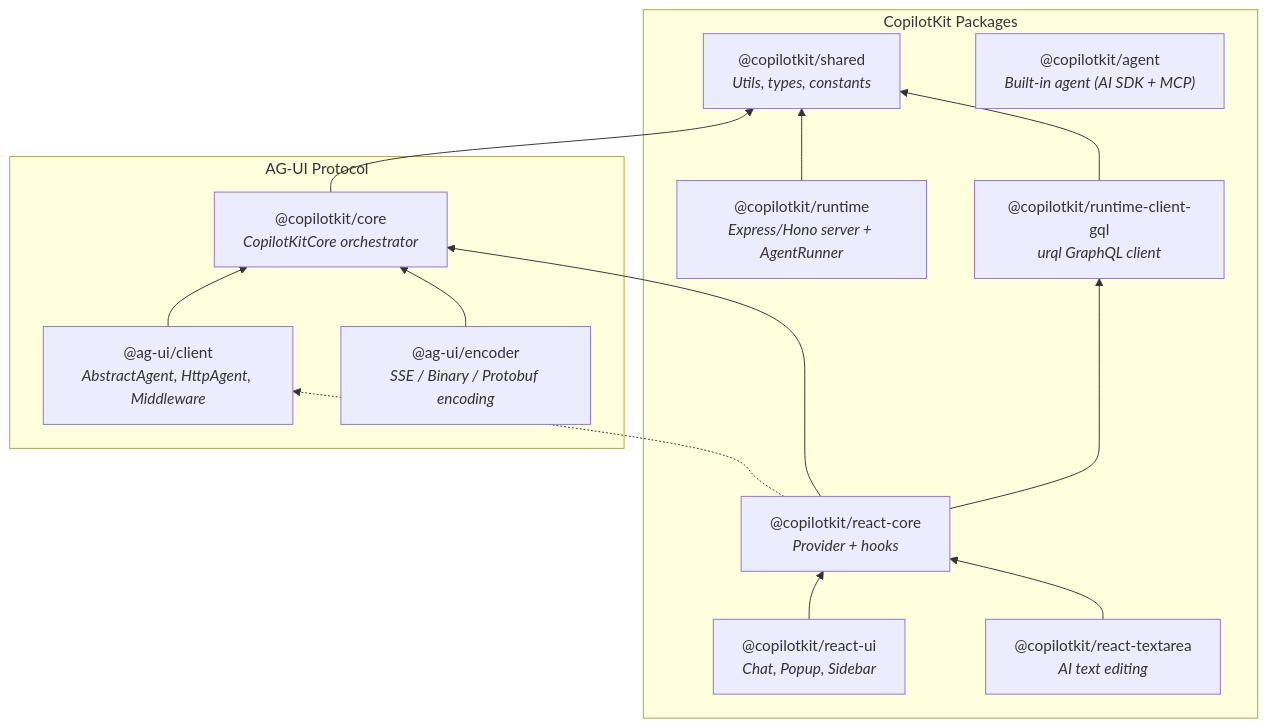
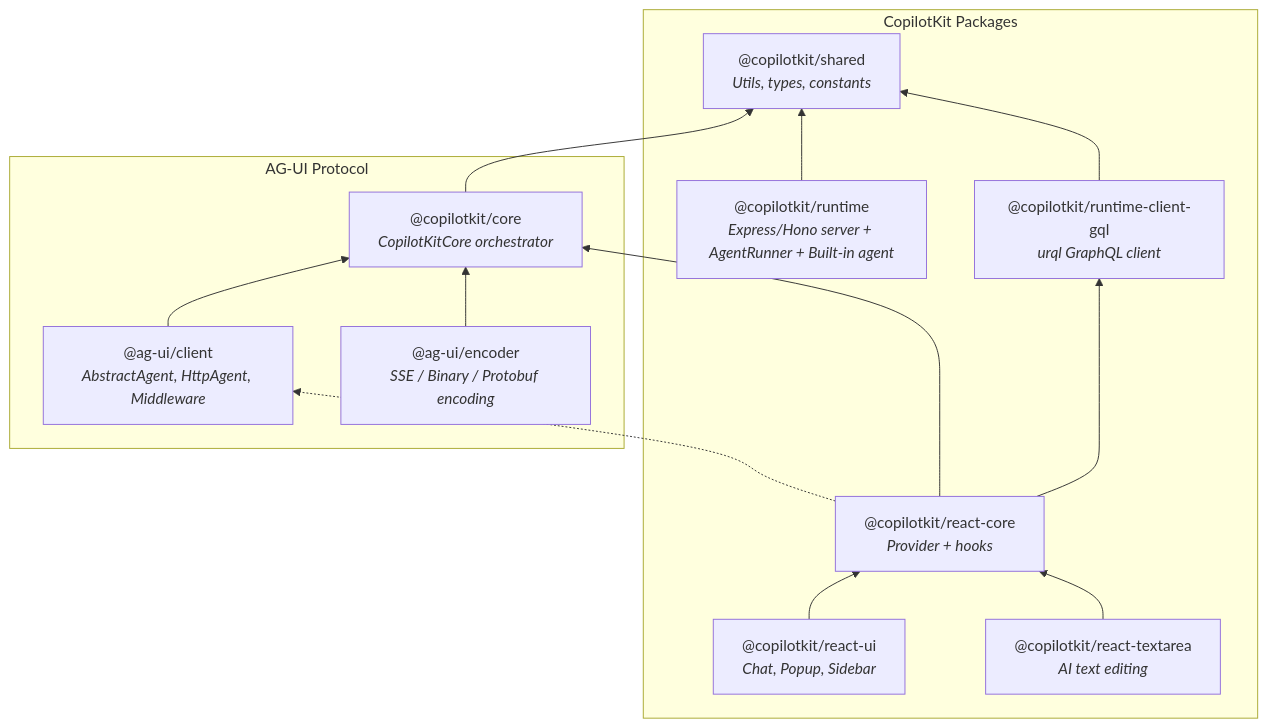
Before and after one commit to kartik098ki/CopilotKit: the third of 4 diagrams in dev-docs/architecture/ARCHITECTURE.md, drawn with Mermaid. The commit also changed other lines of this file and 30 other files, not shown here.

First line of the commit message:
refactor: merge @copilotkit/agent into @copilotkit/runtime

````diff
--- a/dev-docs/architecture/ARCHITECTURE.md
+++ b/dev-docs/architecture/ARCHITECTURE.md
@@ -105,30 +105,29 @@
 ```mermaid
 graph BT
     subgraph AG-UI Protocol
         core["@ag-ui/core<br/><i>Types + Event schemas</i>"]
         client["@ag-ui/client<br/><i>AbstractAgent, HttpAgent, Middleware</i>"]
         encoder["@ag-ui/encoder<br/><i>SSE / Binary / Protobuf encoding</i>"]
         client --> core
         encoder --> core
     end
 
     subgraph CopilotKit Packages
         shared["@copilotkit/shared<br/><i>Utils, types, constants</i>"]
         core["@copilotkit/core<br/><i>CopilotKitCore orchestrator</i>"]
         reactcore["@copilotkit/react-core<br/><i>Provider + hooks</i>"]
         reactui["@copilotkit/react-ui<br/><i>Chat, Popup, Sidebar</i>"]
         reacttextarea["@copilotkit/react-textarea<br/><i>AI text editing</i>"]
         gql["@copilotkit/runtime-client-gql<br/><i>urql GraphQL client</i>"]
-        runtime["@copilotkit/runtime<br/><i>Express/Hono server + AgentRunner</i>"]
-        agent["@copilotkit/agent<br/><i>Built-in agent (AI SDK + MCP)</i>"]
+        runtime["@copilotkit/runtime<br/><i>Express/Hono server + AgentRunner + Built-in agent</i>"]
 
         core --> shared
         reactcore --> core
         reactcore --> gql
         reactui --> reactcore
         reacttextarea --> reactcore
         runtime --> shared
         reactcore -.-> client
         gql --> shared
     end
 ```
````
